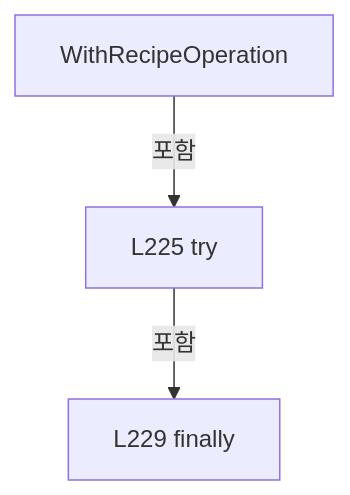
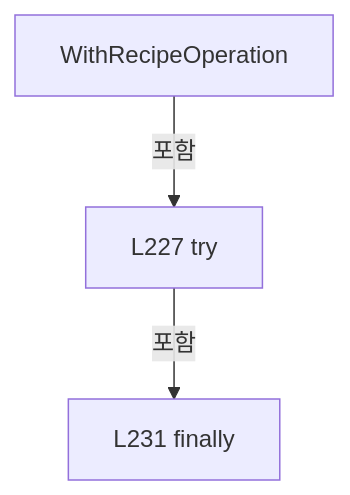
One commit to kjuws10-rgb/Shared changed diagram 12 of 18 in A3 LD Code Ref/files/Drilling.Common/Managers/CRecipeManager.cs.md. Above: the diagram before and after it, drawn with Mermaid. The commit also changed other lines of this file and 2071 other files, not shown here.

Commit message:
docs(a3): update 11.19.0 architecture and code reference

````diff
--- a/A3 LD Code Ref/files/Drilling.Common/Managers/CRecipeManager.cs.md
+++ b/A3 LD Code Ref/files/Drilling.Common/Managers/CRecipeManager.cs.md
@@ -1749,8 +1750,8 @@
 ```mermaid
 flowchart TD
  M["WithRecipeOperation"]
- N0["L225 try"]
+ N0["L227 try"]
  M -->|포함| N0
- N1["L229 finally"]
+ N1["L231 finally"]
  N0 -->|포함| N1
 ```
````
